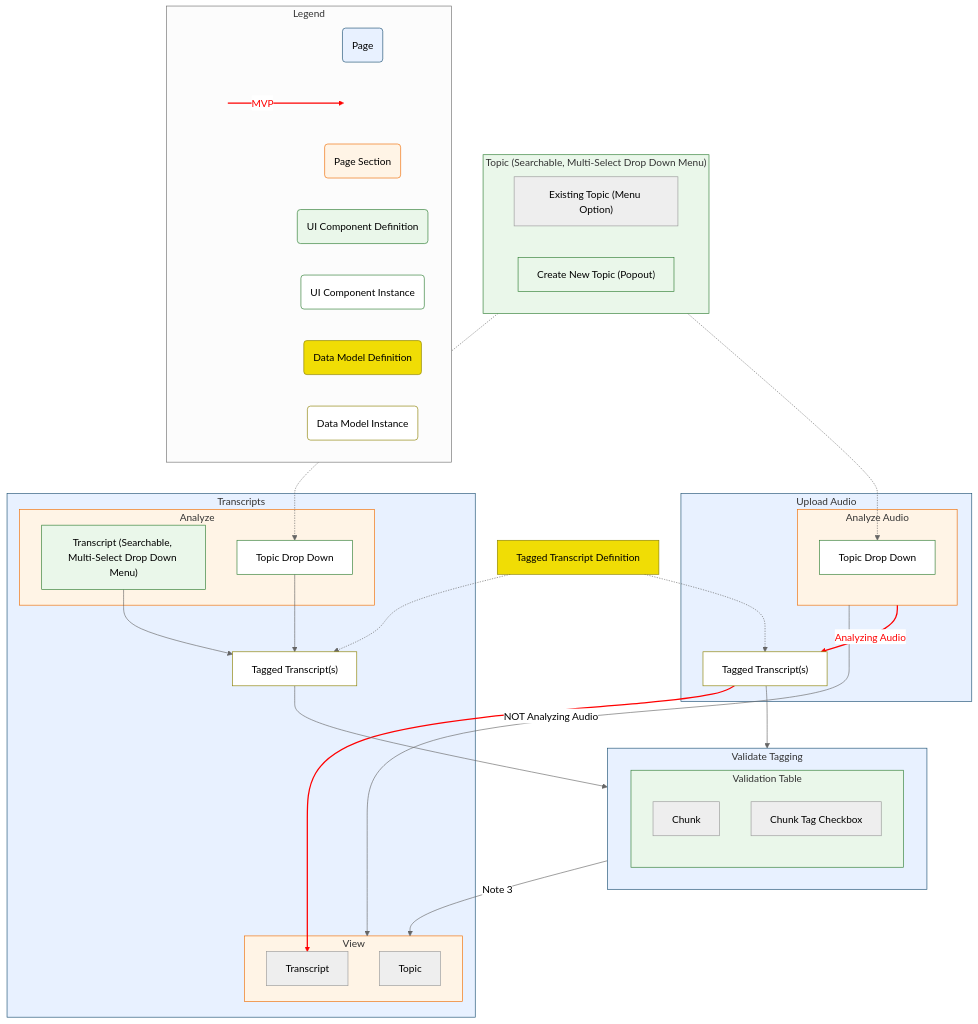
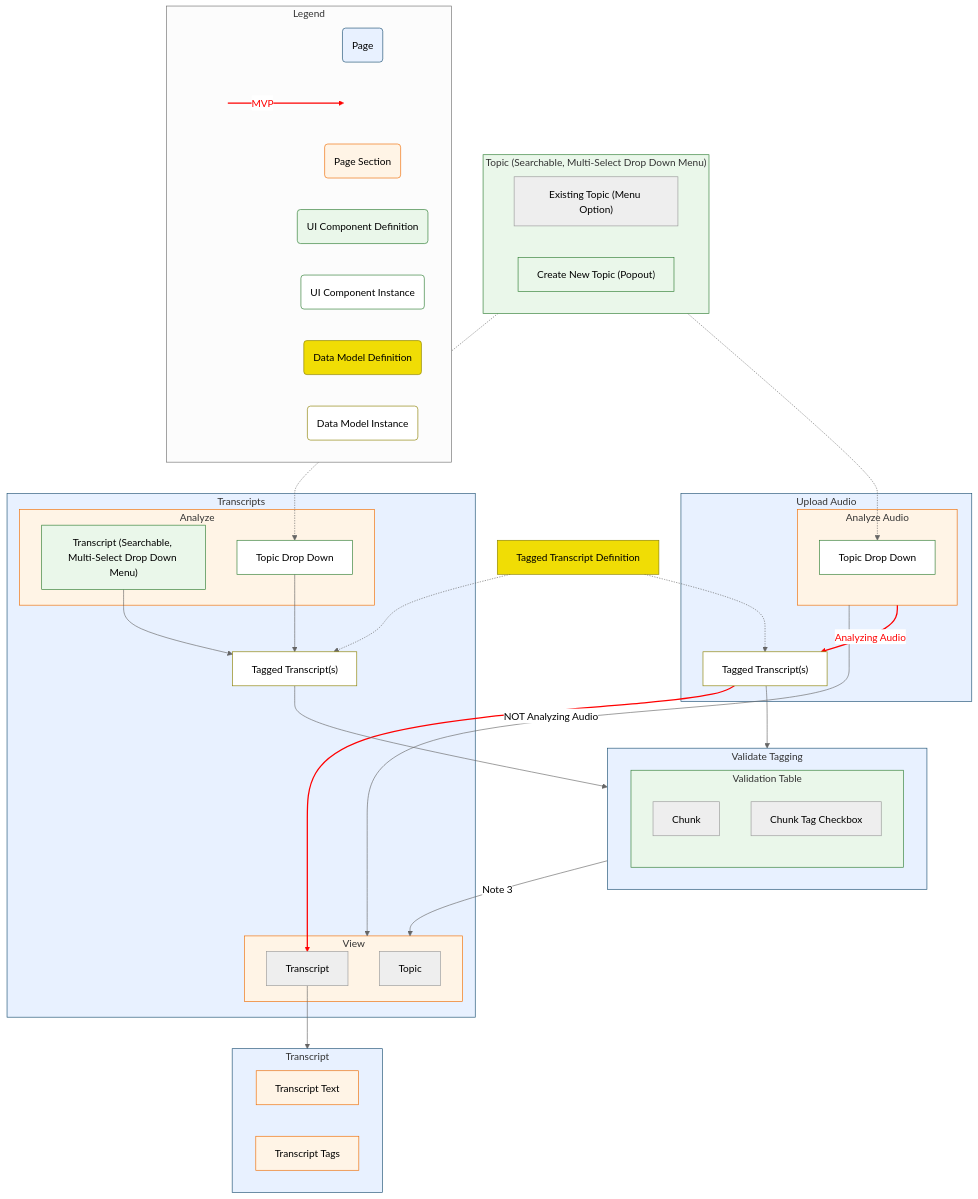
One commit to KarlSchoch/missour.ai changed the diagram in planning.md. Above: the diagram before and after it, drawn with Mermaid (neutral theme).

Commit message:
adds path for creating transcript tags to the view for looking at an individual transcript

````diff
--- a/planning.md
+++ b/planning.md
@@ -22,78 +22,82 @@
 ```mermaid
 flowchart TB
     subgraph view["View"]
         topic["Topic"]
         transcript["Transcript"]
     end
     tagged_transcript_def["Tagged Transcript Definition"]
     subgraph topic_drop_down["Topic (Searchable, Multi-Select Drop Down Menu)"]
         existing_topic["Existing Topic (Menu Option)"]
         create_new_topic["Create New Topic (Popout)"]
     end
     subgraph analyze["Analyze"]
         transcript_drop_down["Transcript (Searchable, Multi-Select Drop Down Menu)"]
         topic_drop_down_imported1["Topic Drop Down"]
     end
     subgraph transcripts["Transcripts"]
         view
         analyze
         tagged_transcript_instantiation1["Tagged Transcript(s)"]
     end
     subgraph upload_audio["Upload Audio"]
         subgraph analyze_audio["Analyze Audio"]
             topic_drop_down_imported2["Topic Drop Down"]
         end
 		tagged_transcript_instantiation2["Tagged Transcript(s)"]
     end
     subgraph validate_tagging["Validate Tagging"]
         subgraph validation_table["Validation Table"]
             chunk["Chunk"]
             chunk_tag_checkbox["Chunk Tag Checkbox"]
         end
     end
+	subgraph transcript_view["Transcript"]
+		transcript_text["Transcript Text"]
+		transcript_tags["Transcript Tags"]
+	end
 
 	subgraph Legend
 		direction LR
 			Page_Full("Page")
 			Page_Section("Page Section")
 			UI_Component_Definition("UI Component Definition")
 			UI_Component_Instance("UI Component Instance")
 			Data_Model_Definition("Data Model Definition")
 			Data_Model_Instance("Data Model Instance")
 			L1[ ] -->|MVP| L2[ ]
 	end
 
 	style L1 fill:transparent,stroke:transparent
 	style L2 fill:transparent,stroke:transparent
 	linkStyle 0 stroke:#FF0000,stroke-width:2px,color:#FF0000,labelBackground:transparent
 
     transcript_drop_down --> tagged_transcript_instantiation1
     topic_drop_down_imported1 --> tagged_transcript_instantiation1
     validate_tagging -->|Note 3| view
     topic_drop_down -.-> topic_drop_down_imported1
     topic_drop_down -.-> topic_drop_down_imported2
     analyze_audio -->|NOT Analyzing Audio| view
     analyze_audio -->|Analyzing Audio| tagged_transcript_instantiation2
 	linkStyle 7 stroke:#FF0000,stroke-width:2px,color:#FF0000,labelBackground:transparent
     tagged_transcript_instantiation2 --> validate_tagging
     tagged_transcript_instantiation1 --> validate_tagging
 	tagged_transcript_instantiation2 --> transcript
 	linkStyle 10 stroke:#FF0000,stroke-width:2px,color:#FF0000,labelBackground:transparent
     tagged_transcript_def -.-> tagged_transcript_instantiation1
     tagged_transcript_def -.-> tagged_transcript_instantiation2
-
+	transcript --> transcript_view
 
     classDef page fill:#E8F1FF,stroke:#1B4F72,stroke-width:1px;
     classDef section fill:#FFF4E6,stroke:#EF6C00,stroke-width:1px;
     classDef ui_def fill:#EAF7EA,stroke:#2E7D32,stroke-width:1px;
     classDef ui_instance fill:#FFFFFF,stroke:#2E7D32,stroke-width:1px;
     classDef data_model_def fill:#F0DD05,stroke:#8B8000,stroke-width:1px;
     classDef data_model_instance fill:#FFFFFF,stroke:#8B8000,stroke-width:1px;
 
-    class transcripts,upload_audio,validate_tagging,Page_Full page;
-    class analyze,analyze_audio,view,Page_Section section;
+    class transcripts,upload_audio,validate_tagging,Page_Full,transcript_view page;
+    class analyze,analyze_audio,view,Page_Section,transcript_text,transcript_tags section;
     class topic_drop_down,transcript_drop_down,validation_table,create_new_topic,UI_Component_Definition ui_def;
     class topic_drop_down_imported1,topic_drop_down_imported2,UI_Component_Instance ui_instance;
     class tagged_transcript_def,Data_Model_Definition data_model_def;
     class tagged_transcript_instantiation1,tagged_transcript_instantiation2,Data_Model_Instance data_model_instance;
 ```
````
